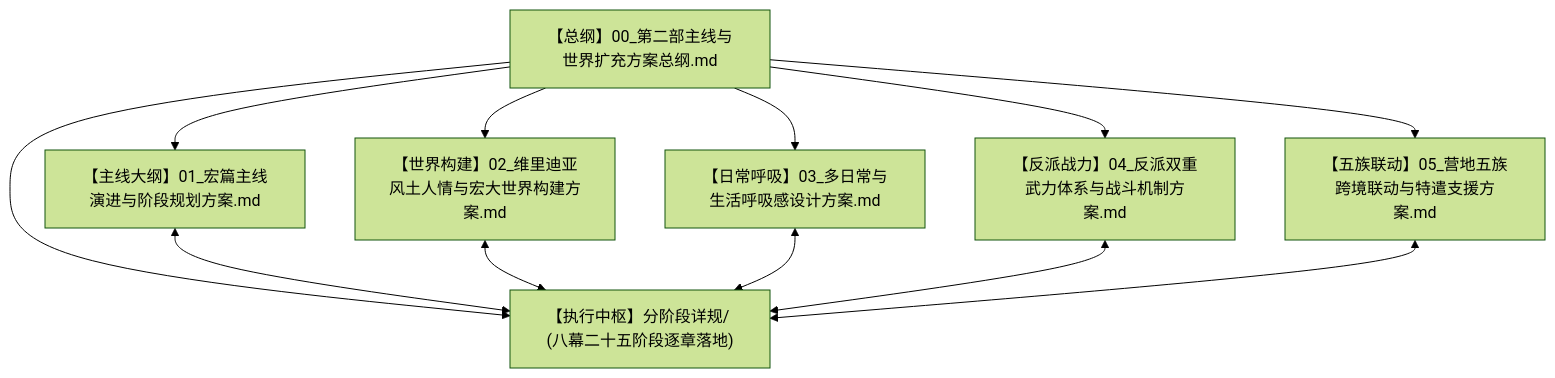
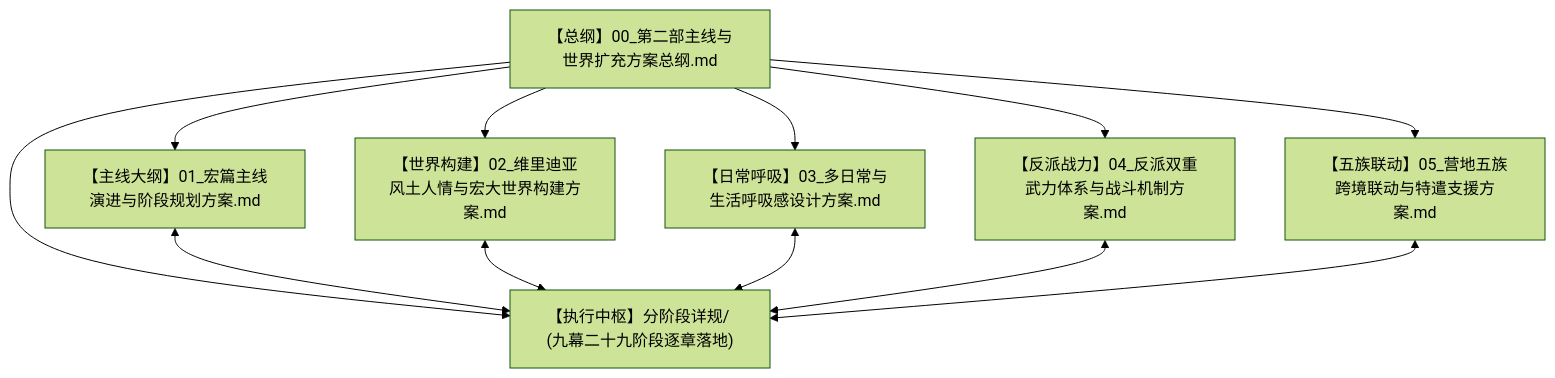
One commit to soranokiseki1437/eldoria-worldbook changed the first of 5 diagrams in 方案/第二部/主线与世界扩充方案/00_第二部主线与世界扩充方案总纲.md. Above: the diagram before and after it, drawn with Mermaid (forest theme). The commit also changed other lines of this file and 41 other files, not shown here.

````diff
--- a/方案/第二部/主线与世界扩充方案/00_第二部主线与世界扩充方案总纲.md
+++ b/方案/第二部/主线与世界扩充方案/00_第二部主线与世界扩充方案总纲.md
@@ -13,25 +13,25 @@
 ```mermaid
 graph TD
     Root["【总纲】00_第二部主线与世界扩充方案总纲.md"]
     
     Sub1["【主线大纲】01_宏篇主线演进与阶段规划方案.md"]
     Sub2["【世界构建】02_维里迪亚风土人情与宏大世界构建方案.md"]
     Sub3["【日常呼吸】03_多日常与生活呼吸感设计方案.md"]
     Sub4["【反派战力】04_反派双重武力体系与战斗机制方案.md"]
     Sub5["【五族联动】05_营地五族跨境联动与特遣支援方案.md"]
     
-    Stages["【执行中枢】分阶段详规/ (八幕二十五阶段逐章落地)"]
+    Stages["【执行中枢】分阶段详规/ (九幕二十九阶段逐章落地)"]
 
     Root --> Sub1
     Root --> Sub2
     Root --> Sub3
     Root --> Sub4
     Root --> Sub5
     Root --> Stages
 
     Sub1 <--> Stages
     Sub2 <--> Stages
     Sub3 <--> Stages
     Sub4 <--> Stages
     Sub5 <--> Stages
 ```
````
